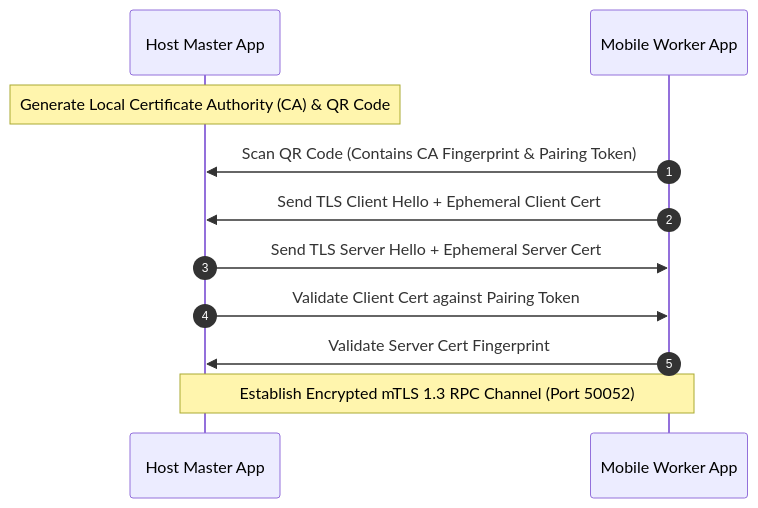
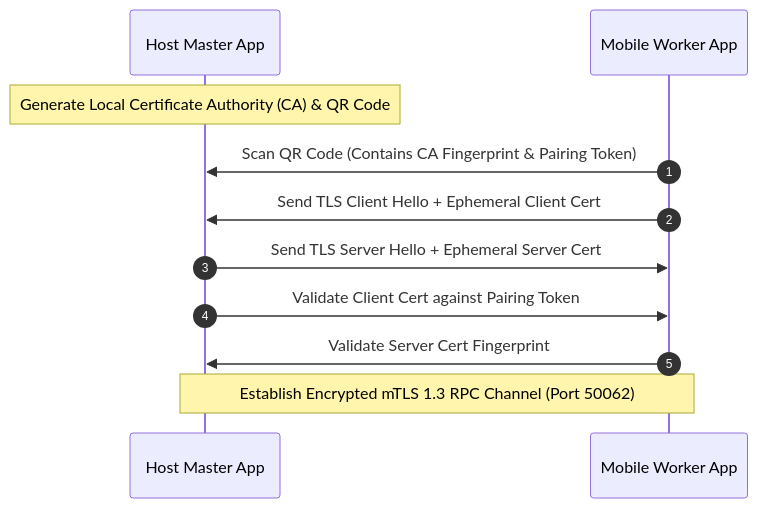
Before and after one commit to darshan192004/AI-upcycler: the diagram in docs/security.md, drawn with Mermaid. The commit also changed 9 other files, not shown here.

Commit message:
fix(worker): move the RPC port off the MIUI-conflicted 50052

````diff
--- a/docs/security.md
+++ b/docs/security.md
@@ -22,14 +22,14 @@
 ```mermaid
 sequenceDiagram
     autonumber
     participant Master as Host Master App
     participant Worker as Mobile Worker App
 
     note over Master: Generate Local Certificate Authority (CA) & QR Code
     Worker->>Master: Scan QR Code (Contains CA Fingerprint & Pairing Token)
     Worker->>Master: Send TLS Client Hello + Ephemeral Client Cert
     Master->>Worker: Send TLS Server Hello + Ephemeral Server Cert
     Master->>Worker: Validate Client Cert against Pairing Token
     Worker->>Master: Validate Server Cert Fingerprint
-    note over Master, Worker: Establish Encrypted mTLS 1.3 RPC Channel (Port 50052)
+    note over Master, Worker: Establish Encrypted mTLS 1.3 RPC Channel (Port 50062)
 ```
````
